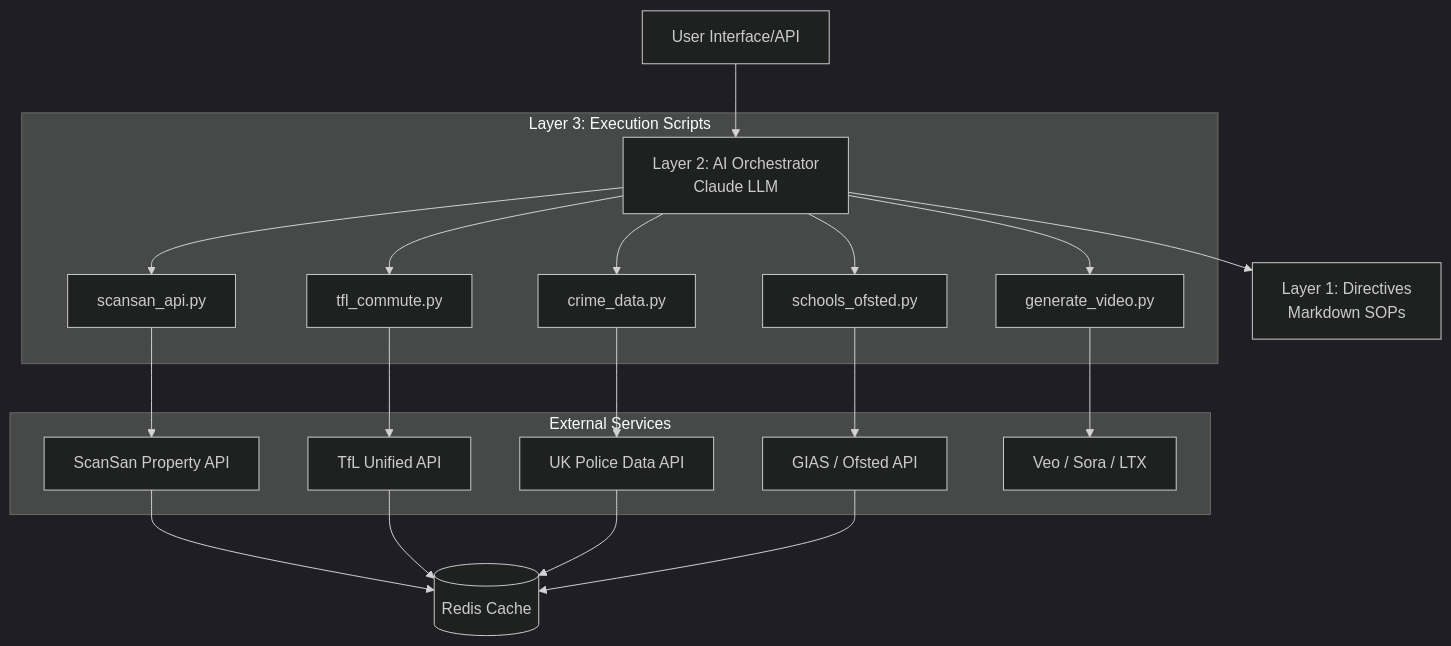
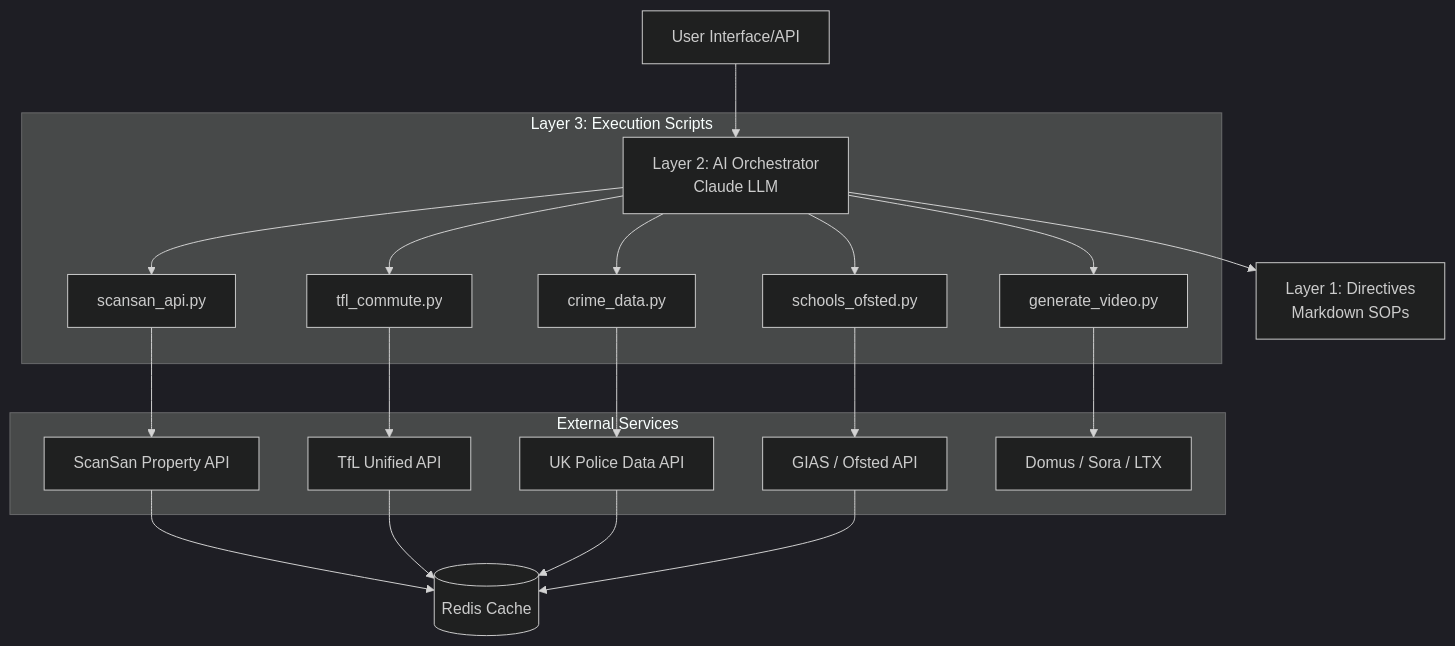
Before and after one commit to younis-y/RealTech-Hackathon: the first of 5 diagrams in ARCHITECTURE.md, drawn with Mermaid (dark theme). The commit also changed other lines of this file and 33 other files, not shown here.

````diff
--- a/ARCHITECTURE.md
+++ b/ARCHITECTURE.md
@@ -31,28 +31,28 @@
 ```mermaid
 graph TD
     User[User Interface/API] --> Orchestrator[Layer 2: AI Orchestrator
 Claude LLM]
     Orchestrator --> Directives[Layer 1: Directives
 Markdown SOPs]
     
     subgraph "Layer 3: Execution Scripts"
         Orchestrator --> ScanSan[scansan_api.py]
         Orchestrator --> TfL[tfl_commute.py]
         Orchestrator --> Crime[crime_data.py]
         Orchestrator --> Schools[schools_ofsted.py]
         Orchestrator --> Video[generate_video.py]
     end
     
     subgraph "External Services"
         ScanSan --> ScanSanAPI[ScanSan Property API]
         TfL --> TfLAPI[TfL Unified API]
         Crime --> PoliceAPI[UK Police Data API]
         Schools --> GIAS[GIAS / Ofsted API]
-        Video --> VideoAI[Veo / Sora / LTX]
+        Video --> VideoAI[Domus / Sora / LTX]
     end
     
     ScanSanAPI --> Cache[(Redis Cache)]
     TfLAPI --> Cache
     PoliceAPI --> Cache
     GIAS --> Cache
 ```
````
